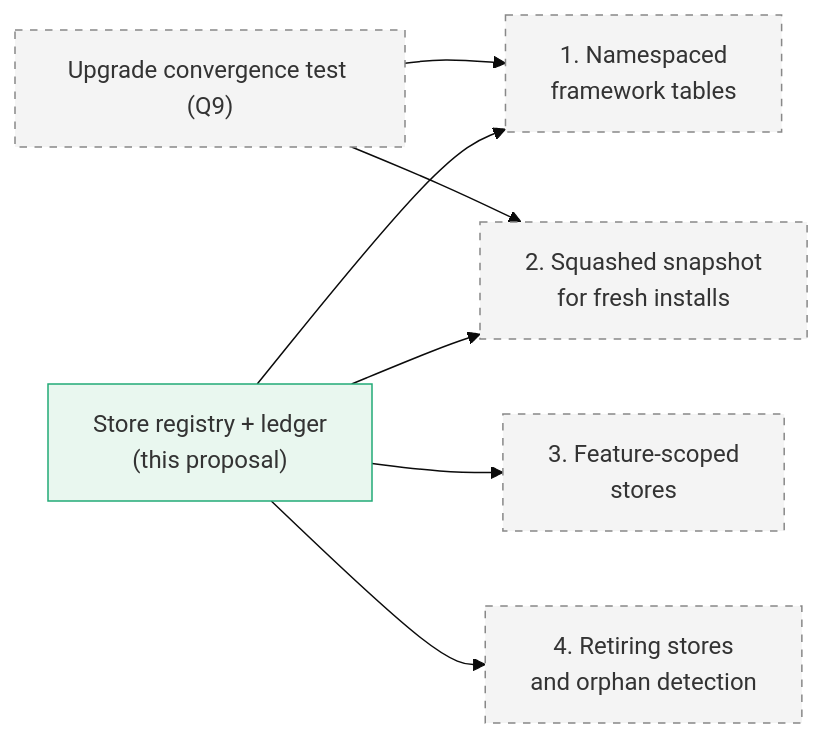
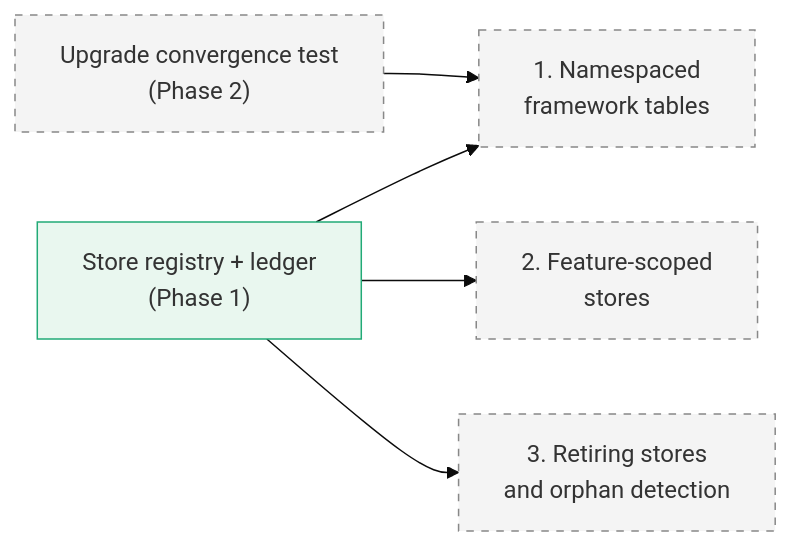
Before and after one commit to BuilderIO/agent-native: diagram 19 of 21 in docs/plans/2026-09-28-store-registry-schema-ownership.md, drawn with Mermaid (base theme). The commit also changed other lines of this file and 1 other file, not shown here.

First line of the commit message:
Make first-time install the next phase of the store registry plan

````diff
--- a/docs/plans/2026-09-28-store-registry-schema-ownership.md
+++ b/docs/plans/2026-09-28-store-registry-schema-ownership.md
@@ -786,13 +857,11 @@
 ```mermaid
 flowchart LR
-  L["Store registry + ledger<br/>(this proposal)"] --> N["1. Namespaced<br/>framework tables"]
-  L --> S["2. Squashed snapshot<br/>for fresh installs"]
-  L --> F["3. Feature-scoped<br/>stores"]
-  L --> R["4. Retiring stores<br/>and orphan detection"]
-  Q9["Upgrade convergence test (Q9)"] --> S
-  Q9 --> N
+  L["Store registry + ledger<br/>(Phase 1)"] --> N["1. Namespaced<br/>framework tables"]
+  L --> F["2. Feature-scoped<br/>stores"]
+  L --> R["3. Retiring stores<br/>and orphan detection"]
+  Q9["Upgrade convergence test<br/>(Phase 2)"] --> N
   classDef done fill:#e9f7ef,stroke:#2a7
   classDef next fill:#f4f4f4,stroke:#888,stroke-dasharray: 5 5
   class L done
-  class N,S,F,R,Q9 next
+  class N,F,R,Q9 next
 ```
````
